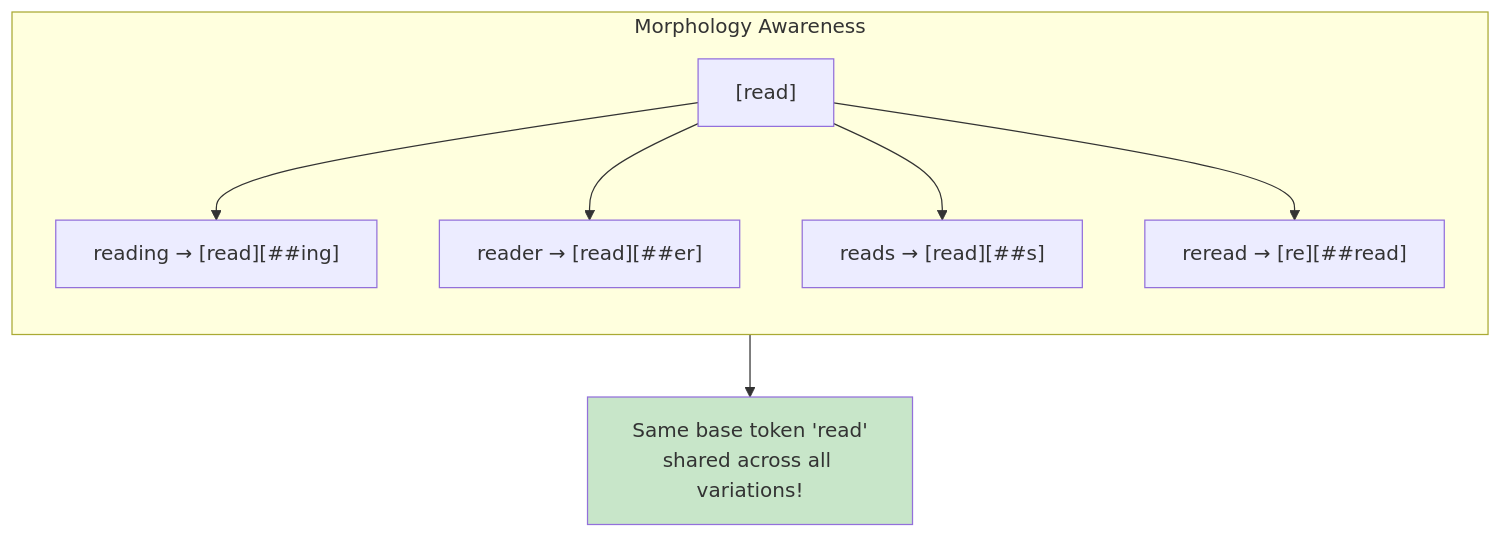
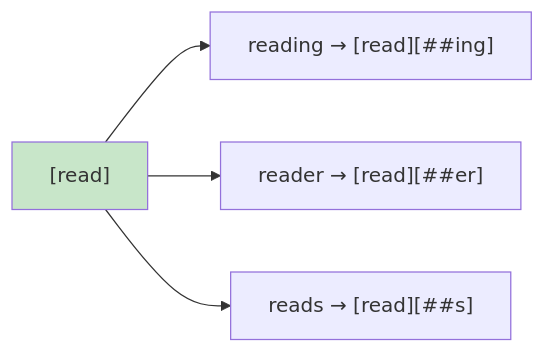
One commit to jlanghein/stanford-llm changed the third of 4 diagrams in lectures/02-tokenization.md. Above: the diagram before and after it, drawn with Mermaid. The commit also changed other lines of this file, not shown here.

Commit message:
Streamline tokenization notes: remove repetition, simplify diagrams

````diff
--- a/lectures/02-tokenization.md
+++ b/lectures/02-tokenization.md
@@ -281,17 +161,8 @@
 ```mermaid
-flowchart TB
-    subgraph morphology["Morphology Awareness"]
-        direction TB
-        
-        BASE["[read]"] --> V1["reading → [read][##ing]"]
-        BASE --> V2["reader → [read][##er]"]
-        BASE --> V3["reads → [read][##s]"]
-        BASE --> V4["reread → [re][##read]"]
-    end
+flowchart LR
+    BASE["[read]"] --> V1["reading → [read][##ing]"]
+    BASE --> V2["reader → [read][##er]"]
+    BASE --> V3["reads → [read][##s]"]
     
-    BENEFIT["Same base token 'read'<br/>shared across all variations!"]
-    
-    morphology --> BENEFIT
-    
-    style BENEFIT fill:#c8e6c9
+    style BASE fill:#c8e6c9
 ```
````
